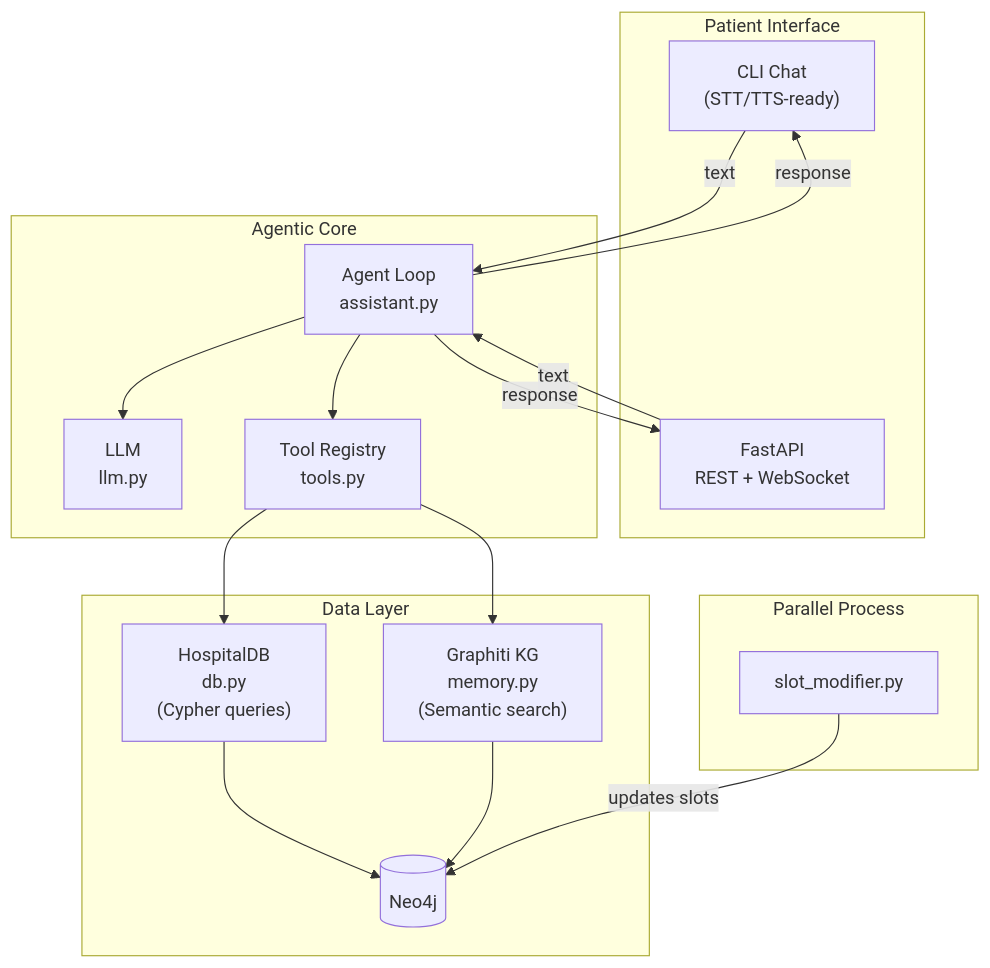
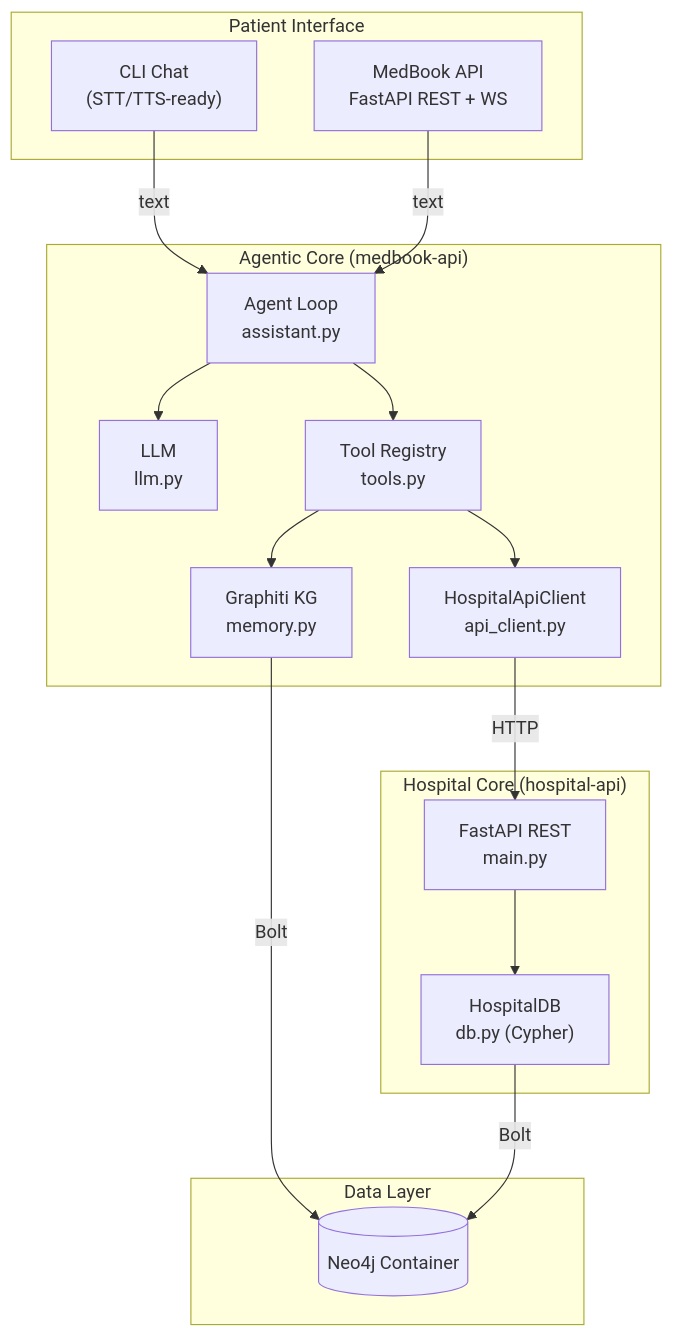
One commit to hpunetha/graphiti-assistant changed the first of 2 diagrams in README.md. Above: the diagram before and after it, drawn with Mermaid. The commit also changed other lines of this file and 12 other files, not shown here.

Commit message:
feat: implement standalone hospital API and integrate Graphiti (three-tier-architecture)

````diff
--- a/README.md
+++ b/README.md
@@ -13,35 +13,36 @@
 ```mermaid
 graph TB
     subgraph "Patient Interface"
         CLI["CLI Chat<br/>(STT/TTS-ready)"]
-        API["FastAPI<br/>REST + WebSocket"]
+        API["MedBook API<br/>FastAPI REST + WS"]
     end
 
-    subgraph "Agentic Core"
+    subgraph "Agentic Core (medbook-api)"
         AGENT["Agent Loop<br/>assistant.py"]
         LLM_MOD["LLM<br/>llm.py"]
         TOOLS["Tool Registry<br/>tools.py"]
+        GRAPHITI["Graphiti KG<br/>memory.py"]
+        API_CLIENT["HospitalApiClient<br/>api_client.py"]
+        
         AGENT --> LLM_MOD
         AGENT --> TOOLS
+        TOOLS --> API_CLIENT
+        TOOLS --> GRAPHITI
+    end
+
+    subgraph "Hospital Core (hospital-api)"
+        HOSPITAL_API["FastAPI REST<br/>main.py"]
+        DB["HospitalDB<br/>db.py (Cypher)"]
+        HOSPITAL_API --> DB
     end
 
     subgraph "Data Layer"
-        DB["HospitalDB<br/>db.py<br/>(Cypher queries)"]
-        GRAPHITI["Graphiti KG<br/>memory.py<br/>(Semantic search)"]
-        NEO4J[(Neo4j)]
-    end
-
-    subgraph "Parallel Process"
-        MOD["slot_modifier.py"]
+        NEO4J[(Neo4j Container)]
     end
 
     CLI --> |text| AGENT
     API --> |text| AGENT
-    AGENT --> |response| CLI
-    AGENT --> |response| API
-    TOOLS --> DB
-    TOOLS --> GRAPHITI
-    DB --> NEO4J
-    GRAPHITI --> NEO4J
-    MOD --> |updates slots| NEO4J
+    API_CLIENT --> |HTTP| HOSPITAL_API
+    GRAPHITI --> |Bolt| NEO4J
+    DB --> |Bolt| NEO4J
 ```
````
